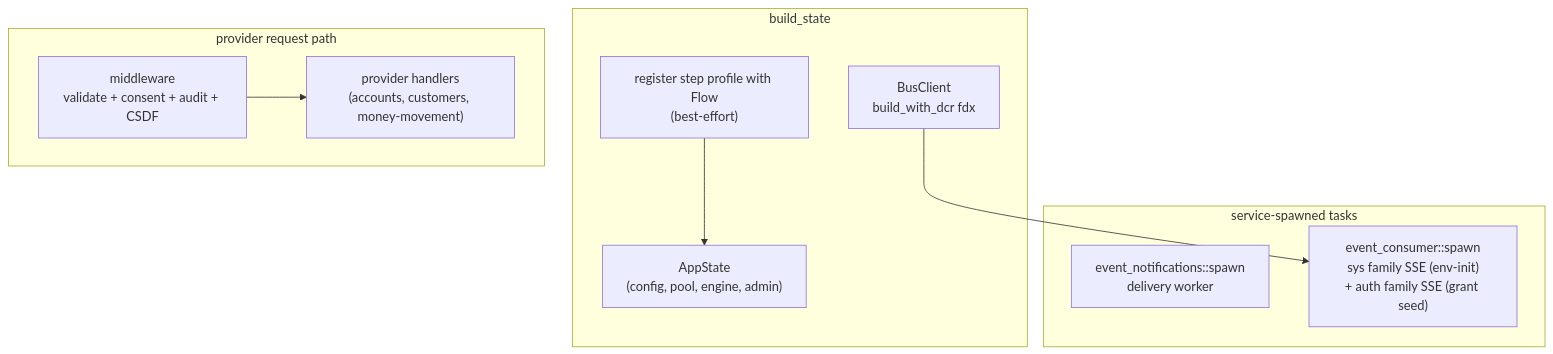
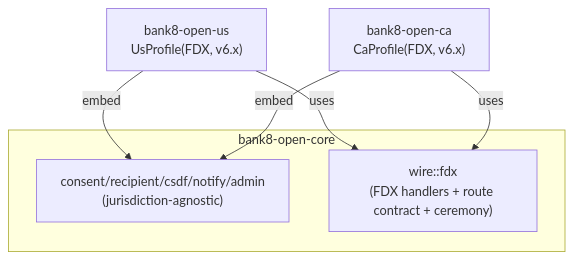
Before and after one commit to Bank8-dev/bank8-site: the diagram in docs/products/open-ca/design.md, drawn with Mermaid. The commit also changed other lines of this file and 10 other files, not shown here.

````diff
--- a/docs/products/open-ca/design.md
+++ b/docs/products/open-ca/design.md
@@ -131,19 +66,12 @@
 ```mermaid
 graph TD
-    subgraph boot["build_state"]
-        REG["register step profile with Flow<br/>(best-effort)"]
-        BUSC["BusClient<br/>build_with_dcr fdx"]
-        ST["AppState<br/>(config, pool, engine, admin)"]
+    subgraph core["bank8-open-core"]
+        KERNEL["consent/recipient/csdf/notify/admin<br/>(jurisdiction-agnostic)"]
+        FDXW["wire::fdx<br/>(FDX handlers + route contract + ceremony)"]
     end
-    subgraph tasks["service-spawned tasks"]
-        NOTIF["event_notifications::spawn<br/>delivery worker"]
-        EVC["event_consumer::spawn<br/>sys family SSE (env-init)<br/>+ auth family SSE (grant seed)"]
-    end
-    subgraph mw["provider request path"]
-        PM["middleware<br/>validate + consent + audit + CSDF"]
-        HAND["provider handlers<br/>(accounts, customers, money-movement)"]
-    end
-    REG --> ST
-    BUSC --> EVC
-    PM --> HAND
+    US["bank8-open-us<br/>UsProfile(FDX, v6.x)"]
+    CA["bank8-open-ca<br/>CaProfile(FDX, v6.x)"]
+    US -->|"uses"| FDXW
+    CA -->|"uses"| FDXW
+    US & CA -->|"embed"| KERNEL
 ```
````
